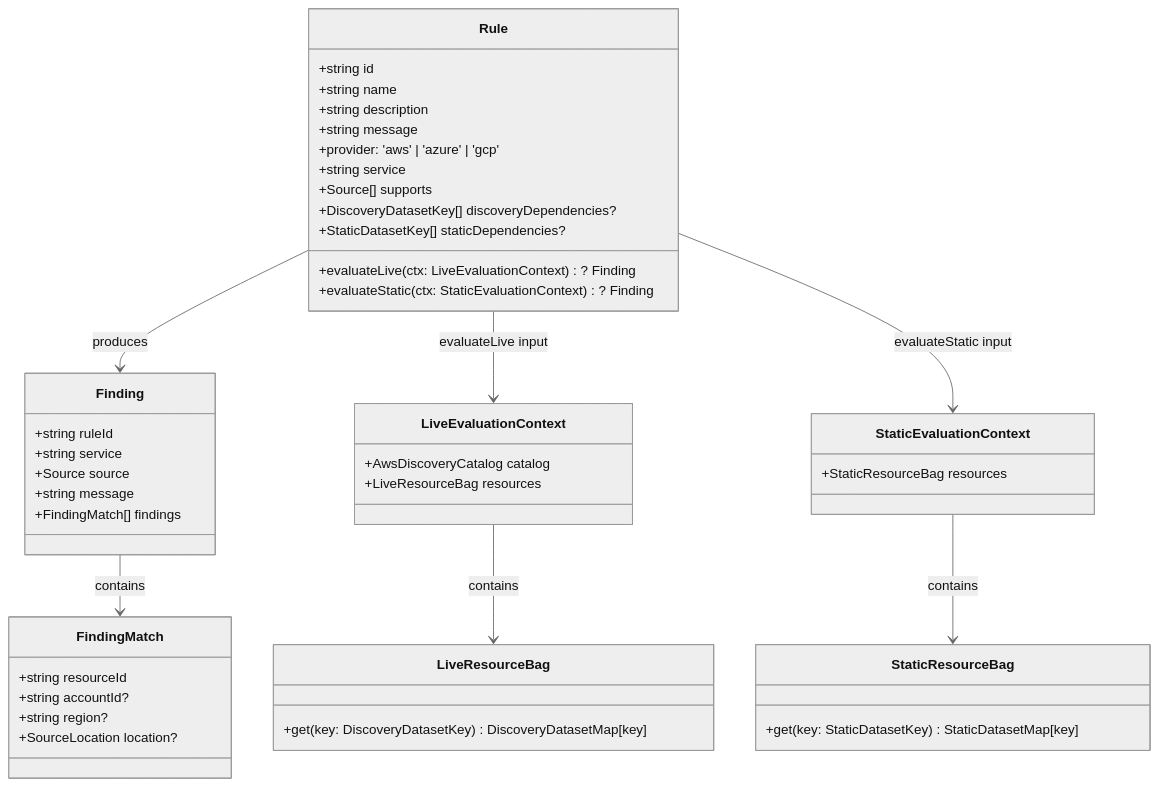
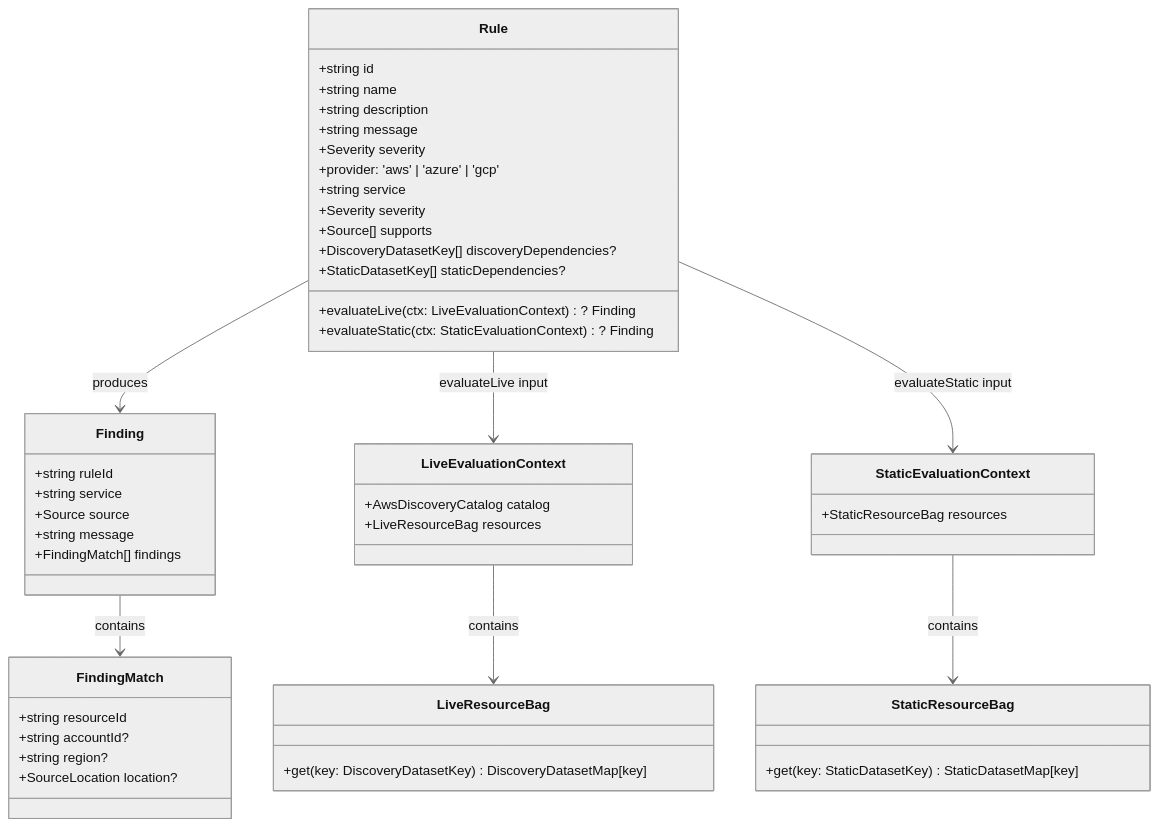
One commit to towardsthecloud/cloudburn changed the first of 2 diagrams in docs/architecture/rules.md. Above: the diagram before and after it, drawn with Mermaid (neutral theme). The commit also changed 195 other files, not shown here.

````diff
--- a/docs/architecture/rules.md
+++ b/docs/architecture/rules.md
@@ -5,55 +5,57 @@
 ```mermaid
 classDiagram
   class Rule {
     +string id
     +string name
     +string description
     +string message
+    +Severity severity
     +provider: 'aws' | 'azure' | 'gcp'
     +string service
+    +Severity severity
     +Source[] supports
     +DiscoveryDatasetKey[] discoveryDependencies?
     +StaticDatasetKey[] staticDependencies?
     +evaluateLive(ctx: LiveEvaluationContext)? Finding
     +evaluateStatic(ctx: StaticEvaluationContext)? Finding
   }
 
   class Finding {
     +string ruleId
     +string service
     +Source source
     +string message
     +FindingMatch[] findings
   }
 
   class FindingMatch {
     +string resourceId
     +string accountId?
     +string region?
     +SourceLocation location?
   }
 
   class LiveEvaluationContext {
     +AwsDiscoveryCatalog catalog
     +LiveResourceBag resources
   }
 
   class LiveResourceBag {
     +get(key: DiscoveryDatasetKey) DiscoveryDatasetMap[key]
   }
 
   class StaticResourceBag {
     +get(key: StaticDatasetKey) StaticDatasetMap[key]
   }
 
   class StaticEvaluationContext {
     +StaticResourceBag resources
   }
 
   Rule --> Finding : produces
   Finding --> FindingMatch : contains
   Rule --> LiveEvaluationContext : evaluateLive input
   LiveEvaluationContext --> LiveResourceBag : contains
   Rule --> StaticEvaluationContext : evaluateStatic input
   StaticEvaluationContext --> StaticResourceBag : contains
 ```
````
